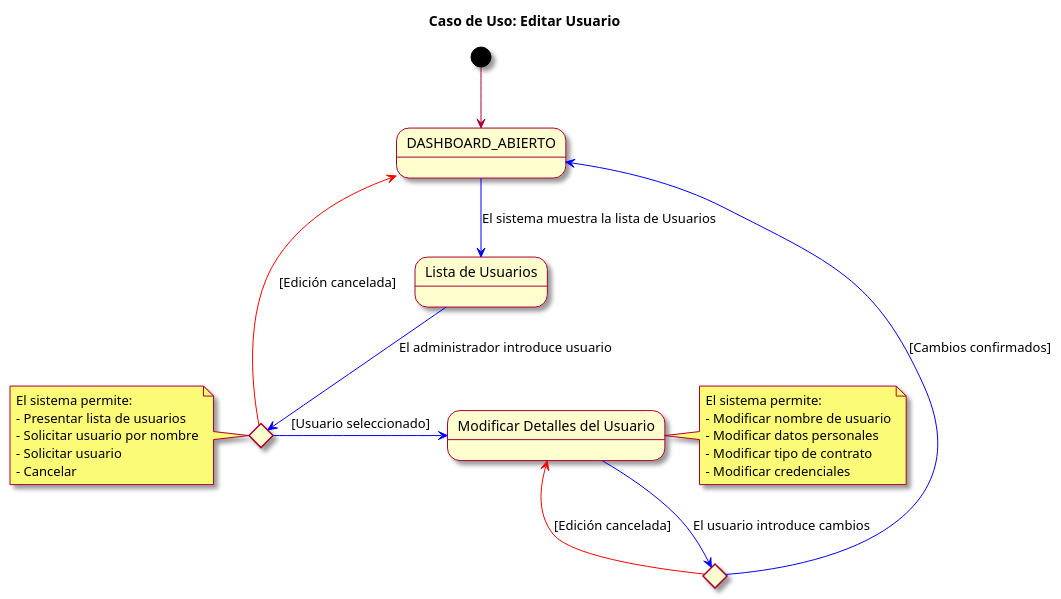
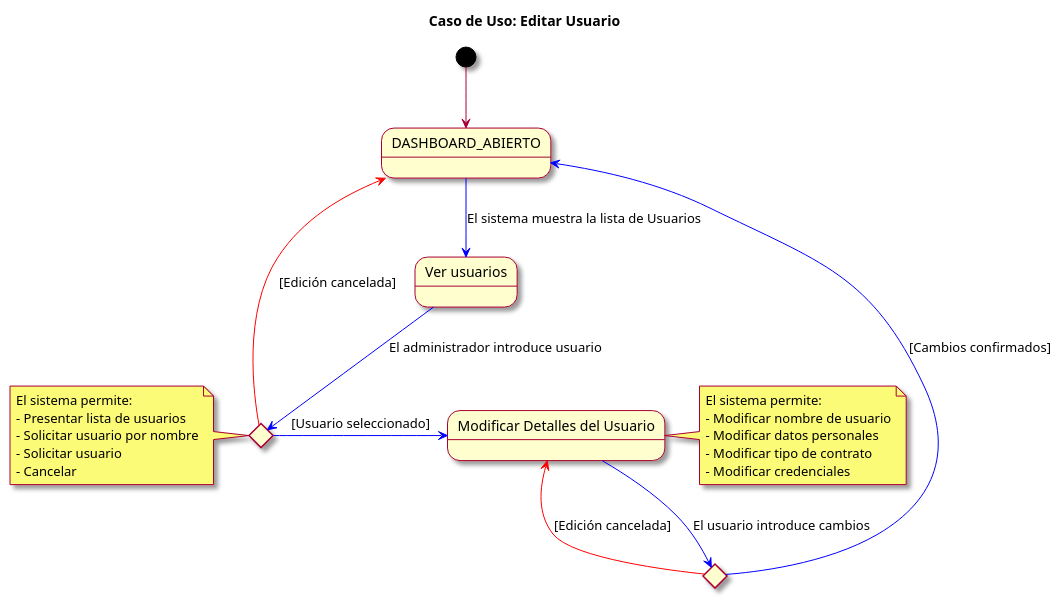
One commit to mmasias/23-24-IdSw1-SDR changed the diagram in modelosUML/casosDeUso/detalles/editarUsuario.puml. Above: the diagram before and after it, drawn with PlantUML. The commit also changed 6 other files, not shown here.

```diff
--- a/modelosUML/casosDeUso/detalles/editarUsuario.puml
+++ b/modelosUML/casosDeUso/detalles/editarUsuario.puml
@@ -1,37 +1,37 @@
 @startuml
 skin rose
 title Caso de Uso: Editar Usuario
 
 state DASHBOARD_ABIERTO as "DASHBOARD_ABIERTO"
-state ListaUsuarios as "Lista de Usuarios"
+state ListaUsuarios as "Ver usuarios"
 state SeleccionarUsuario <<choice>>
 state ModificarDetallesUsuario as "Modificar Detalles del Usuario"
 state ConfirmarCambios <<choice>>
 
 [*] -d-> DASHBOARD_ABIERTO
 DASHBOARD_ABIERTO -d[#blue]-> ListaUsuarios : El sistema muestra la lista de Usuarios
 ListaUsuarios -d[#blue]-> SeleccionarUsuario : El administrador introduce usuario
 SeleccionarUsuario -r[#blue]-> ModificarDetallesUsuario : [Usuario seleccionado]
 ModificarDetallesUsuario -d[#blue]-> ConfirmarCambios : El usuario introduce cambios
 ConfirmarCambios -r[#blue]-> DASHBOARD_ABIERTO : [Cambios confirmados]
 ConfirmarCambios -l[#red]-> ModificarDetallesUsuario : [Edición cancelada]
 SeleccionarUsuario -l[#red]-> DASHBOARD_ABIERTO : [Edición cancelada]
 
 note right of ModificarDetallesUsuario
   El sistema permite:
   - Modificar nombre de usuario
   - Modificar datos personales
   - Modificar tipo de contrato
   - Modificar credenciales
 end note
 
 note left of SeleccionarUsuario
   El sistema permite:
   - Presentar lista de usuarios
   - Solicitar usuario por nombre
   - Solicitar usuario
   - Cancelar
 end note
 
 
 @enduml
```
